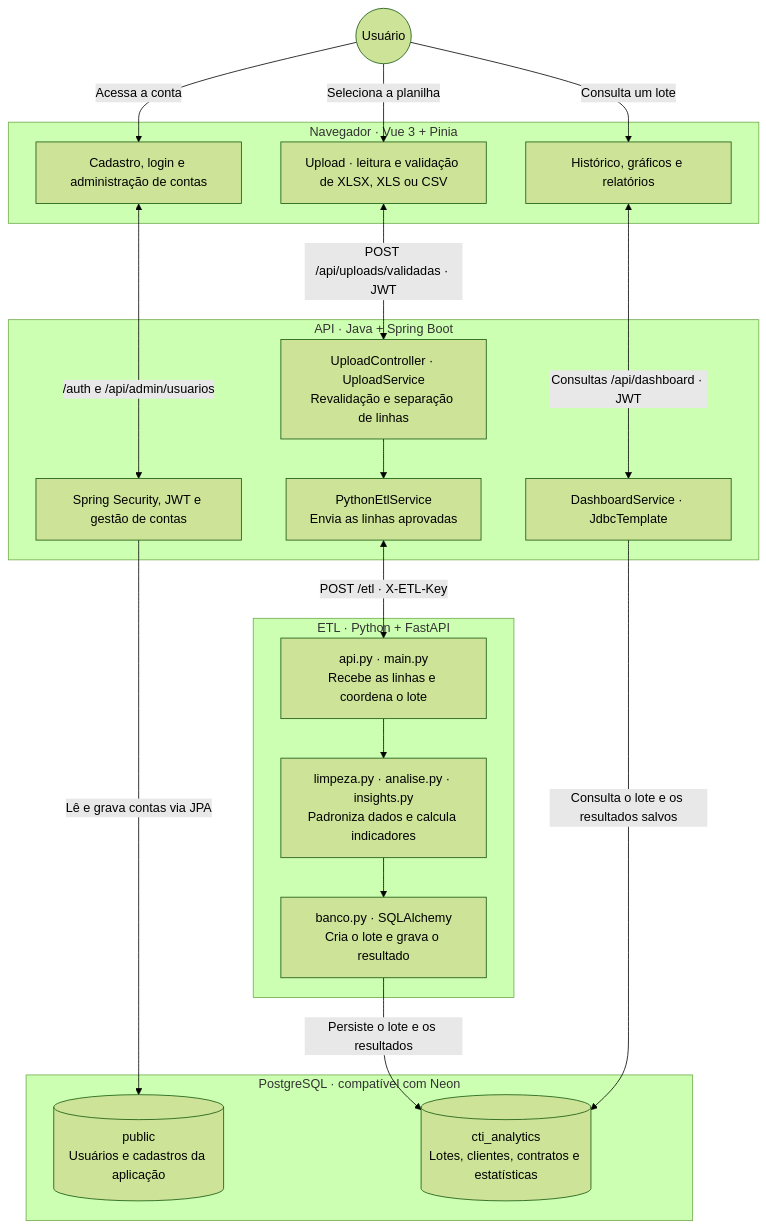
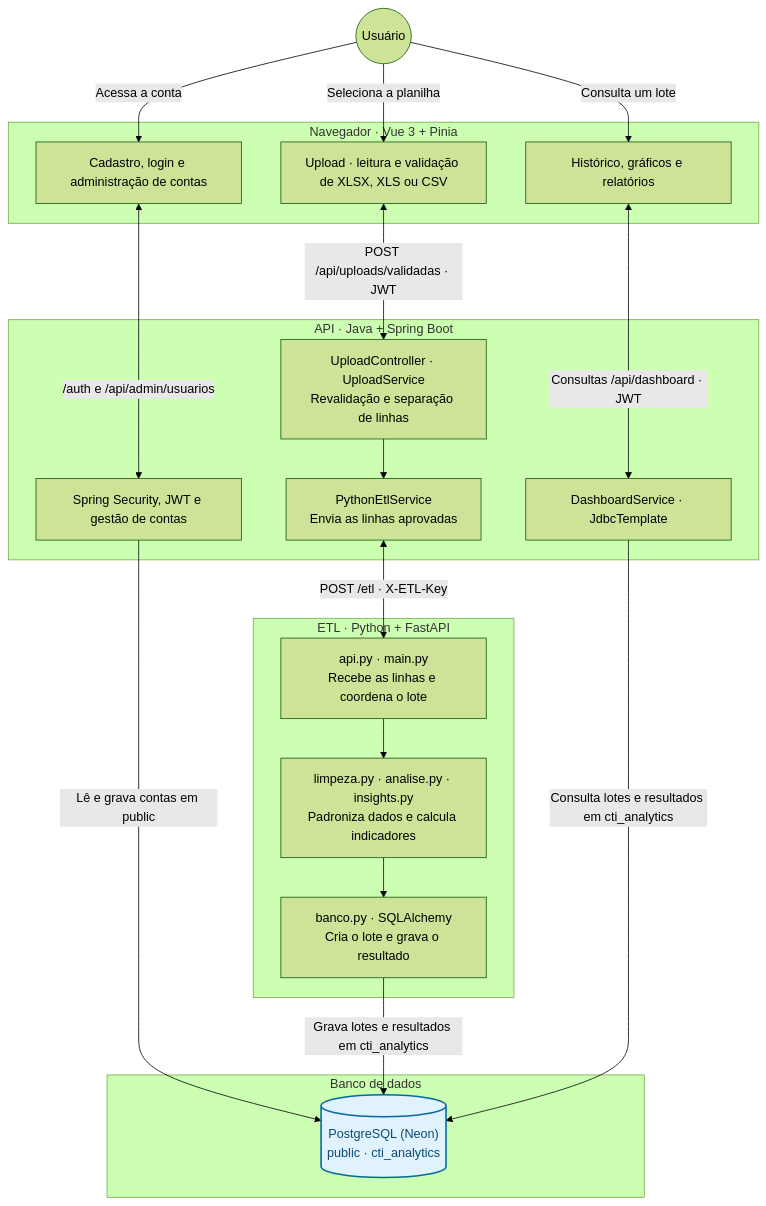
The first of 2 diagrams in README.md (recheraphael-Re/CTI_SENAI), drawn with Mermaid (forest theme) before and after one commit. The commit also changed other lines of this file, not shown here.

Commit message:
gitDiagramv2

````diff
--- a/README.md
+++ b/README.md
@@ -11,41 +11,43 @@
 ```mermaid
 flowchart TB
     Usuario(("Usuário"))
 
     subgraph Vue["Navegador · Vue 3 + Pinia"]
         Sessao["Cadastro, login e administração de contas"]
         Planilha["Upload · leitura e validação de XLSX, XLS ou CSV"]
         Painel["Histórico, gráficos e relatórios"]
     end
 
     subgraph Java["API · Java + Spring Boot"]
         Auth["Spring Security, JWT e gestão de contas"]
         Validacao["UploadController · UploadService<br/>Revalidação e separação de linhas"]
         ClienteETL["PythonEtlService<br/>Envia as linhas aprovadas"]
         Dashboard["DashboardService · JdbcTemplate"]
     end
 
     subgraph Python["ETL · Python + FastAPI"]
         Etl["api.py · main.py<br/>Recebe as linhas e coordena o lote"]
         Analise["limpeza.py · analise.py · insights.py<br/>Padroniza dados e calcula indicadores"]
         Gravacao["banco.py · SQLAlchemy<br/>Cria o lote e grava o resultado"]
     end
 
-    subgraph Banco["PostgreSQL · compatível com Neon"]
-        Cadastros[("public<br/>Usuários e cadastros da aplicação")]
-        Analytics[("cti_analytics<br/>Lotes, clientes, contratos e estatísticas")]
+    subgraph Dados["Banco de dados"]
+        Banco[("PostgreSQL (Neon)<br/>public · cti_analytics")]
     end
 
     Usuario -->|"Acessa a conta"| Sessao
     Usuario -->|"Seleciona a planilha"| Planilha
     Usuario -->|"Consulta um lote"| Painel
     Sessao <-->|"/auth e /api/admin/usuarios"| Auth
     Planilha <-->|"POST /api/uploads/validadas · JWT"| Validacao
     Painel <-->|"Consultas /api/dashboard · JWT"| Dashboard
-    Auth -->|"Lê e grava contas via JPA"| Cadastros
     Validacao --> ClienteETL
     ClienteETL <-->|"POST /etl · X-ETL-Key"| Etl
     Etl --> Analise --> Gravacao
-    Gravacao -->|"Persiste o lote e os resultados"| Analytics
-    Dashboard -->|"Consulta o lote e os resultados salvos"| Analytics
+    Auth -->|"Lê e grava contas em public"| Banco
+    Gravacao -->|"Grava lotes e resultados em cti_analytics"| Banco
+    Dashboard -->|"Consulta lotes e resultados em cti_analytics"| Banco
+
+    classDef banco fill:#e0f2fe,stroke:#0369a1,stroke-width:2px,color:#0c4a6e
+    class Banco banco
 ```
````
